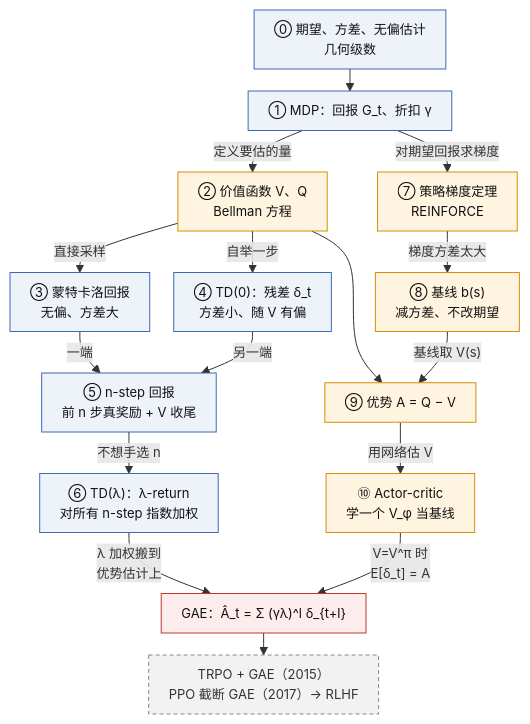
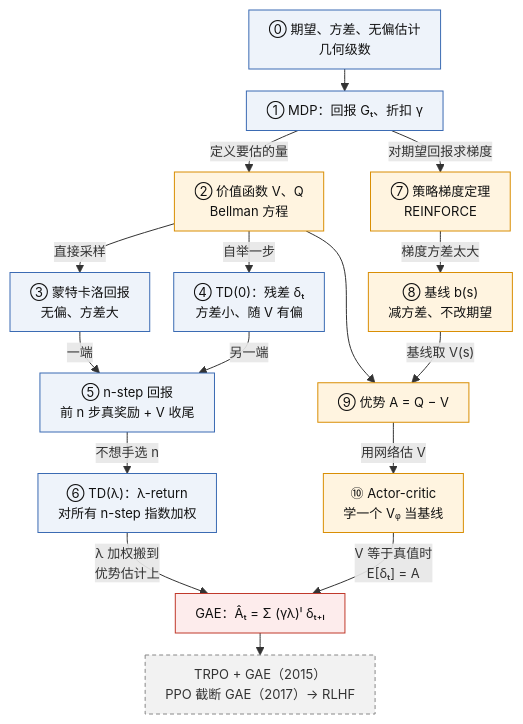
One commit to xiachenfeng/openai-innovation-learning changed diagram 15 of 22 in knowledge/B-alignment/B1-ppo-human-preferences-2017.md. Above: the diagram before and after it, drawn with Mermaid. The commit also changed other lines of this file and 3 other files, not shown here.

````diff
--- a/knowledge/B-alignment/B1-ppo-human-preferences-2017.md
+++ b/knowledge/B-alignment/B1-ppo-human-preferences-2017.md
@@ -781,37 +781,37 @@
 ```mermaid
 %%{init: {"flowchart": {"nodeSpacing": 24, "rankSpacing": 22, "padding": 10}, "themeVariables": {"fontSize": "13px"}}}%%
 flowchart TB
   M["⓪ 期望、方差、无偏估计<br/>几何级数"]:::data
-  MDP["① MDP：回报 G_t、折扣 γ"]:::data
+  MDP["① MDP：回报 Gₜ、折扣 γ"]:::data
   V["② 价值函数 V、Q<br/>Bellman 方程"]:::model
   PG["⑦ 策略梯度定理<br/>REINFORCE"]:::model
   MC["③ 蒙特卡洛回报<br/>无偏、方差大"]:::data
-  TD["④ TD(0)：残差 δ_t<br/>方差小、随 V 有偏"]:::data
+  TD["④ TD(0)：残差 δₜ<br/>方差小、随 V 有偏"]:::data
   BL["⑧ 基线 b(s)<br/>减方差、不改期望"]:::model
   NS["⑤ n-step 回报<br/>前 n 步真奖励 + V 收尾"]:::data
   ADV["⑨ 优势 A = Q − V"]:::model
   LAM["⑥ TD(λ)：λ-return<br/>对所有 n-step 指数加权"]:::data
-  AC["⑩ Actor-critic<br/>学一个 V_φ 当基线"]:::model
-  GAE["GAE：Â_t = Σ (γλ)^l δ_{t+l}"]:::loss
+  AC["⑩ Actor-critic<br/>学一个 Vᵩ 当基线"]:::model
+  GAE["GAE：Âₜ = Σ (γλ)ˡ δₜ₊ₗ"]:::loss
   PPO["TRPO + GAE（2015）<br/>PPO 截断 GAE（2017）→ RLHF"]:::frozen
   M --> MDP
   MDP -->|"定义要估的量"| V
   MDP -->|"对期望回报求梯度"| PG
   V -->|"直接采样"| MC
   V -->|"自举一步"| TD
   PG -->|"梯度方差太大"| BL
   MC -->|"一端"| NS
   TD -->|"另一端"| NS
   BL -->|"基线取 V(s)"| ADV
   V --> ADV
   NS -->|"不想手选 n"| LAM
   ADV -->|"用网络估 V"| AC
   LAM -->|"λ 加权搬到<br/>优势估计上"| GAE
-  AC -->|"V=V^π 时<br/>E[δ_t] = A"| GAE
+  AC -->|"V 等于真值时<br/>E[δₜ] = A"| GAE
   GAE --> PPO
   classDef data  fill:#EEF3FA,stroke:#3B6BB3,color:#111
   classDef model fill:#FFF4E0,stroke:#D98E04,color:#111
   classDef frozen fill:#F2F2F2,stroke:#888,color:#333,stroke-dasharray:4 3
   classDef loss  fill:#FDECEC,stroke:#C0392B,color:#111
   classDef human fill:#EAF7EE,stroke:#2E8B57,color:#111
 ```
````
